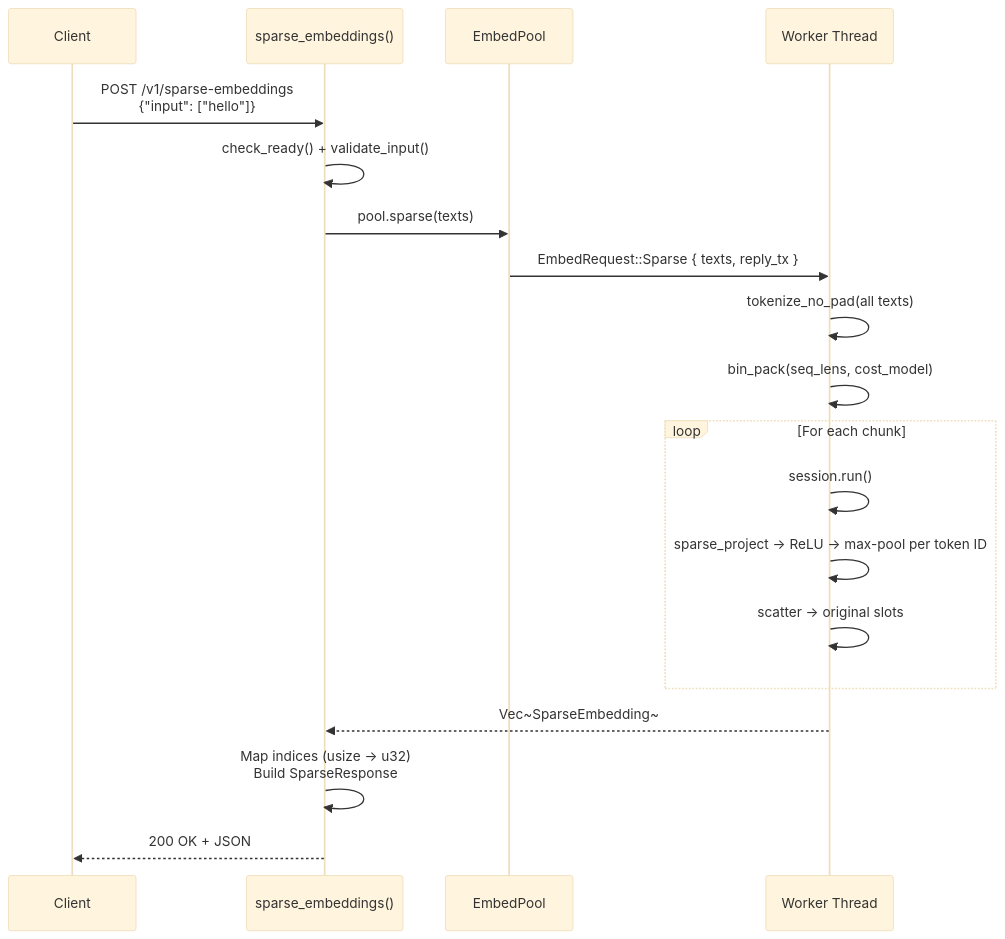
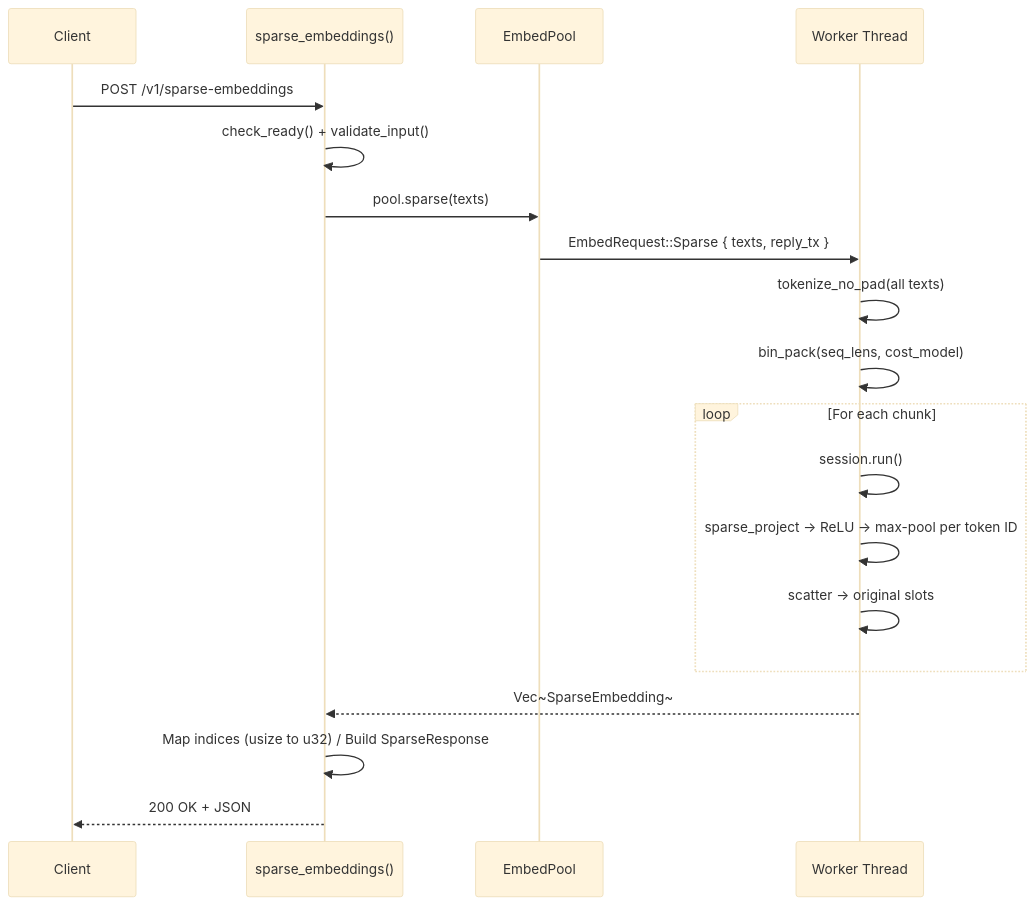
One commit to Fulton-Engineering-Services/bge-m3-embedding-server changed the second of 4 diagrams in docs/request-flow.md. Above: the diagram before and after it, drawn with Mermaid (base theme). The commit also changed other lines of this file and 117 other files, not shown here.

````diff
--- a/docs/request-flow.md
+++ b/docs/request-flow.md
@@ -78,26 +78,26 @@
 ```mermaid
 sequenceDiagram
     participant Client
     participant Handler as sparse_embeddings()
     participant Pool as EmbedPool
     participant Worker as Worker Thread
 
-    Client->>Handler: POST /v1/sparse-embeddings<br/>{"input": ["hello"]}
+    Client->>Handler: POST /v1/sparse-embeddings
 
     Handler->>Handler: check_ready() + validate_input()
 
     Handler->>Pool: pool.sparse(texts)
     Pool->>Worker: EmbedRequest::Sparse { texts, reply_tx }
 
     Worker->>Worker: tokenize_no_pad(all texts)
     Worker->>Worker: bin_pack(seq_lens, cost_model)
     loop For each chunk
         Worker->>Worker: session.run()
         Worker->>Worker: sparse_project → ReLU → max-pool per token ID
         Worker->>Worker: scatter → original slots
     end
     Worker-->>Handler: Vec~SparseEmbedding~
 
-    Handler->>Handler: Map indices (usize → u32)<br/>Build SparseResponse
+    Handler->>Handler: Map indices (usize to u32) / Build SparseResponse
     Handler-->>Client: 200 OK + JSON
 ```
````
